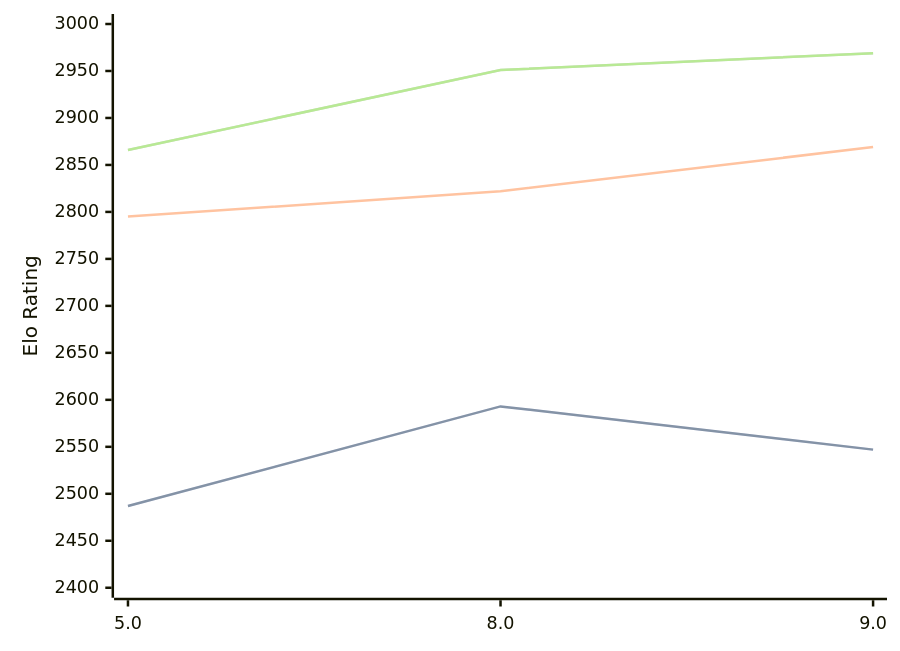
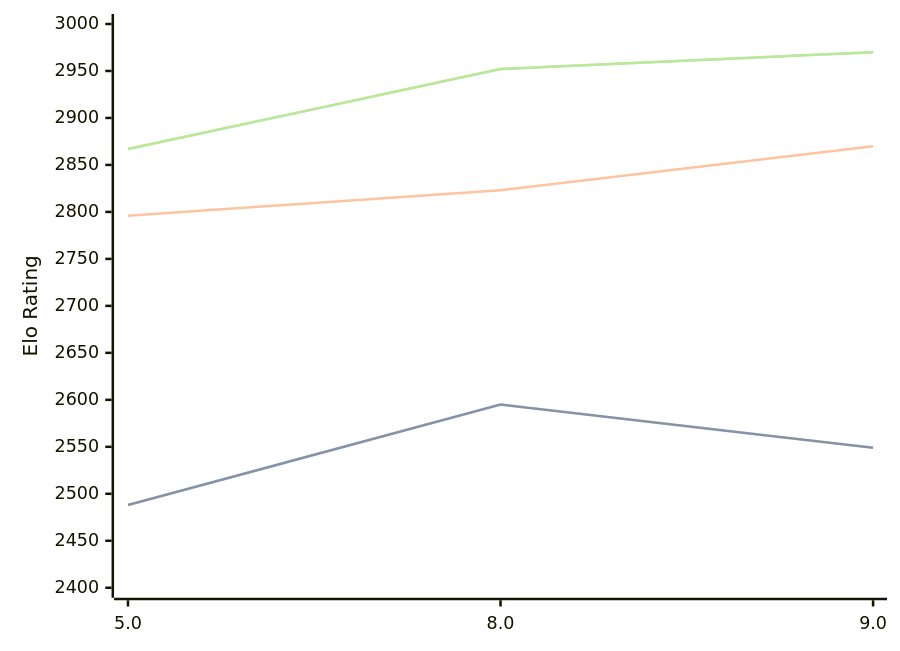
One commit to computer-chess-index/cci changed the diagram in engines/4kc.md. Above: the diagram before and after it, drawn with Mermaid. The commit also changed other lines of this file, not shown here.

Commit message:
Update CCI Ratings (ELO VLTC) - 2026-10-09

````diff
--- a/engines/4kc.md
+++ b/engines/4kc.md
@@ -33,11 +33,11 @@
 ```mermaid
 %%{init: {"theme":"base","themeVariables":{"seriesColors:['#a3a3a3','#222221','#faa371']}}}%%
 xychart-beta
   x-axis ["5.0", "8.0", "9.0"]
   y-axis "Elo Rating" 2400 --> 3000
-  line "" [2487, 2593, 2547]
-  line "STC (8.0+0.08s)" [2487, 2593, 2547]
-  line "LTC (60.0+0.60s)" [2795, 2822, 2869]
-  line "" [2866, 2951, 2969]
-  line "VLTC (2m24s+1.12s)" [2866, 2951, 2969]
+  line "" [2488, 2595, 2549]
+  line "STC (8.0+0.08s)" [2488, 2595, 2549]
+  line "LTC (60.0+0.60s)" [2796, 2823, 2870]
+  line "" [2867, 2952, 2970]
+  line "VLTC (2m24s+1.12s)" [2867, 2952, 2970]
 ```
````
